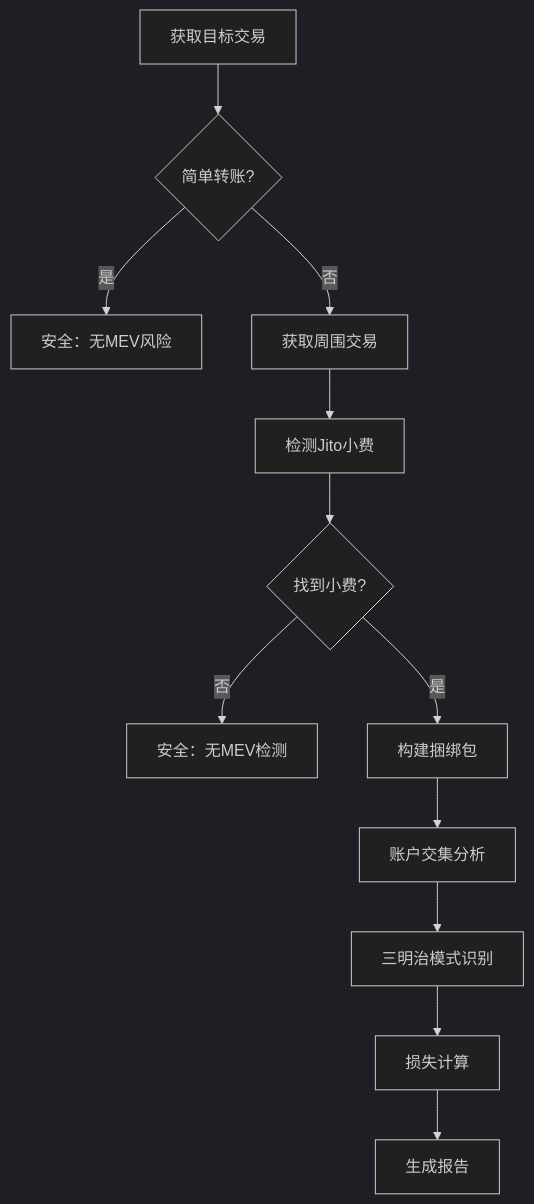
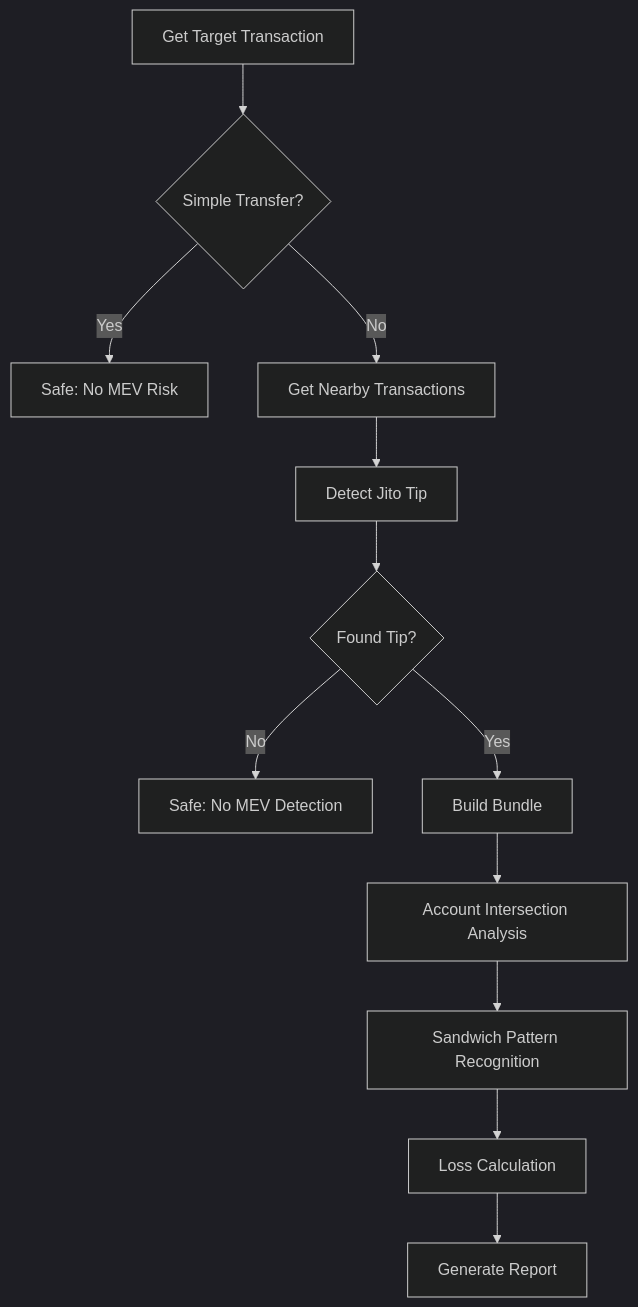
One commit to Tao-2022/solana-jito-mev-detector changed the diagram in README.md. Above: the diagram before and after it, drawn with Mermaid (dark theme). The commit also changed other lines of this file and 3 other files, not shown here.

````diff
--- a/README.md
+++ b/README.md
@@ -277,14 +279,14 @@
 ```mermaid
 graph TD
-    A[获取目标交易] --> B{简单转账?}
-    B -->|是| C[安全：无MEV风险]
-    B -->|否| D[获取周围交易]
-    D --> E[检测Jito小费]
-    E --> F{找到小费?}
-    F -->|否| G[安全：无MEV检测]
-    F -->|是| H[构建捆绑包]
-    H --> I[账户交集分析]
-    I --> J[三明治模式识别]
-    J --> K[损失计算]
-    K --> L[生成报告]
+    A[Get Target Transaction] --> B{Simple Transfer?}
+    B -->|Yes| C[Safe: No MEV Risk]
+    B -->|No| D[Get Nearby Transactions]
+    D --> E[Detect Jito Tip]
+    E --> F{Found Tip?}
+    F -->|No| G[Safe: No MEV Detection]
+    F -->|Yes| H[Build Bundle]
+    H --> I[Account Intersection Analysis]
+    I --> J[Sandwich Pattern Recognition]
+    J --> K[Loss Calculation]
+    K --> L[Generate Report]
 ```
````
